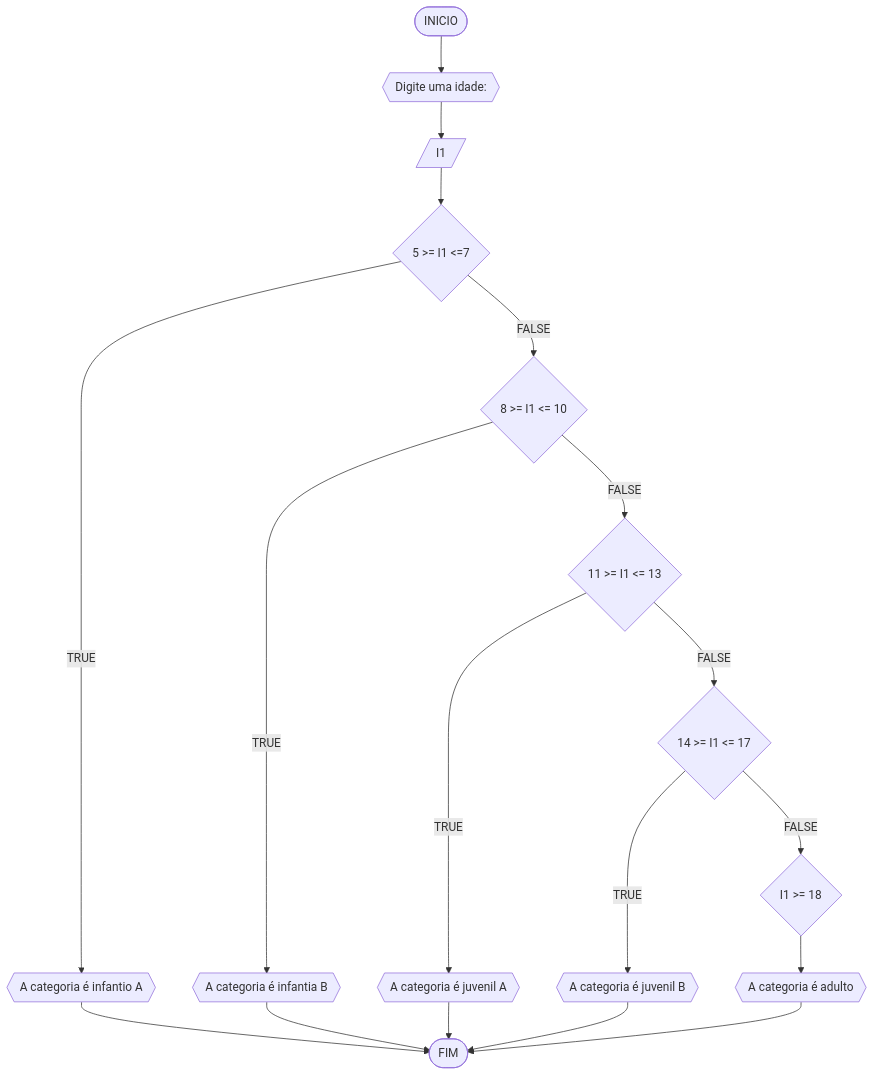
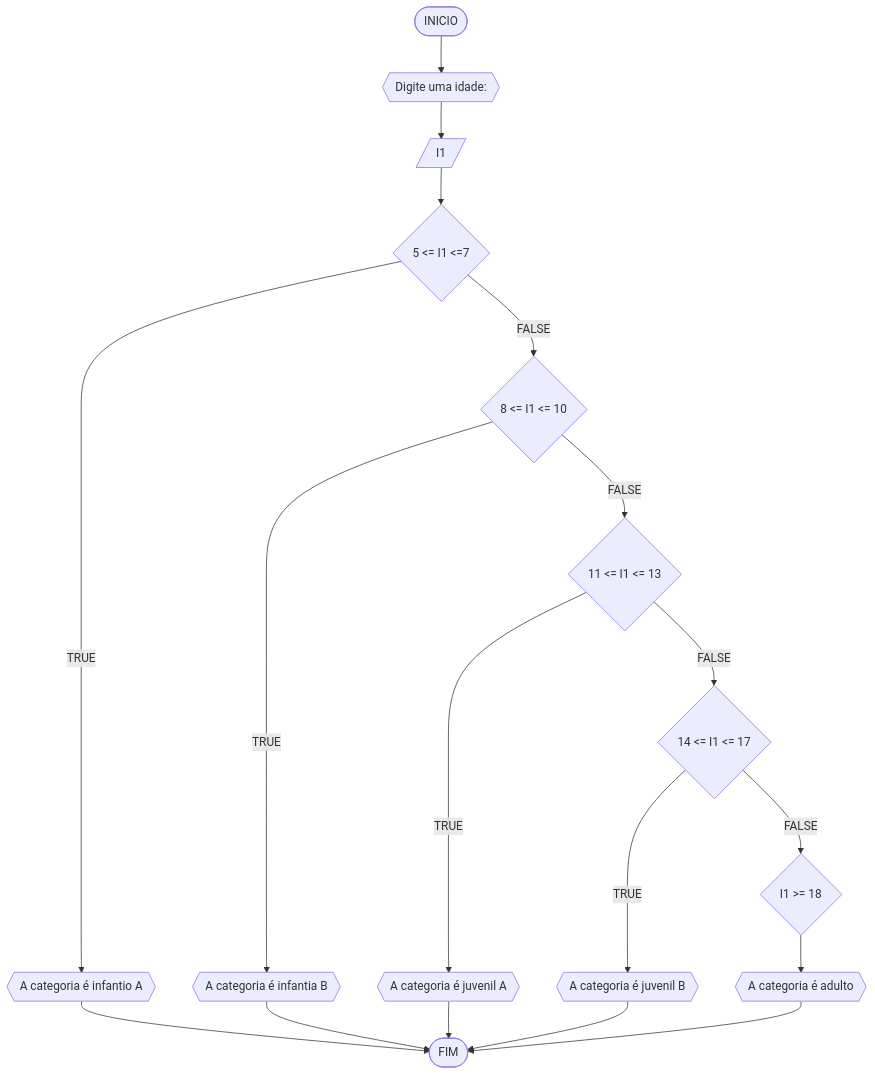
Before and after one commit to araripe0805/unifor: the fifth of 5 diagrams in RLA/unidade1/Lista2.md, drawn with Mermaid. The commit also changed other lines of this file, not shown here.

````diff
--- a/RLA/unidade1/Lista2.md
+++ b/RLA/unidade1/Lista2.md
@@ -200,21 +198,21 @@
 ```mermaid
 flowchart TD
 A([INICIO]) --> B{{Digite uma idade: }}
 B --> C[/I1/]
-C --> D{5 >= I1 <=7}
+C --> D{5 <= I1 <=7}
 D --TRUE--> E{{A categoria é infantio A}}
 E --> F([FIM])
-D --FALSE--> G{8 >= I1 <= 10}
+D --FALSE--> G{8 <= I1 <= 10}
 G --TRUE--> H{{A categoria é infantia B}}
 H --> F
-G --FALSE--> I{11 >= I1 <= 13}
+G --FALSE--> I{11 <= I1 <= 13}
 I --TRUE--> J{{A categoria é juvenil A}}
 J --> F
-I --FALSE--> L{14 >= I1 <= 17}
+I --FALSE--> L{14 <= I1 <= 17}
 L --TRUE--> K{{A categoria é juvenil B}}
 K --> F
 L --FALSE--> M{I1 >= 18}
 M --> N{{A categoria é adulto}}
 N --> F
 
 ```
````
